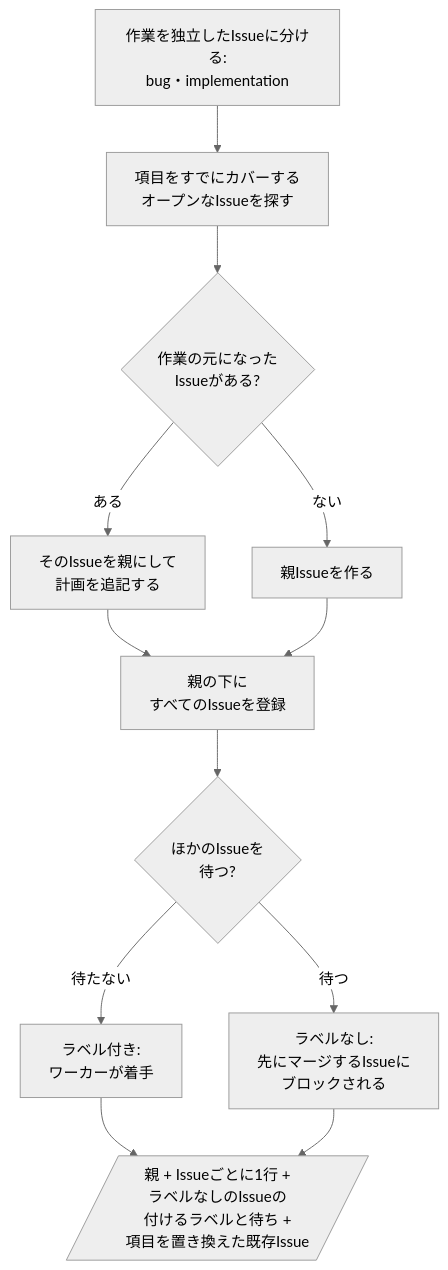
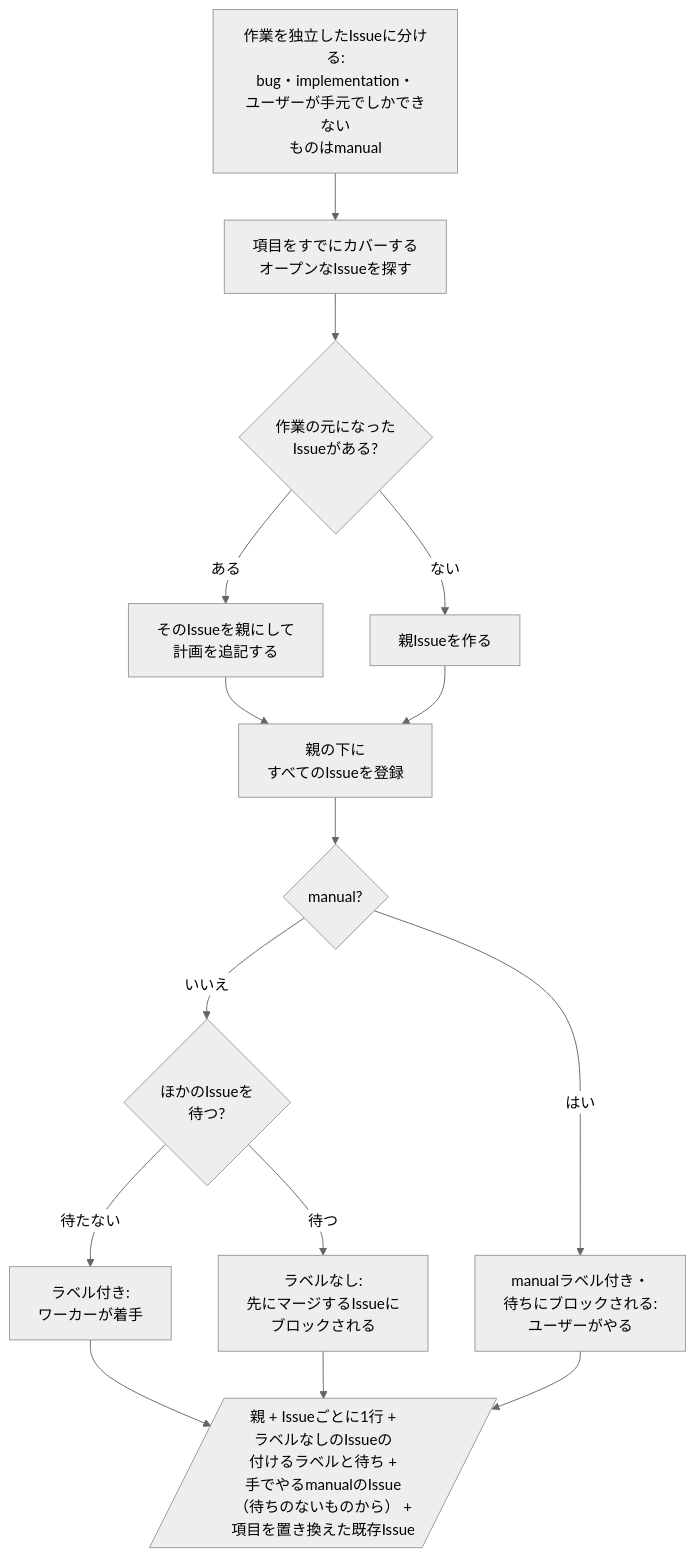
The diagram in shared/skills/delegate/README.ja.md (omni-stove/skill-kit), drawn with Mermaid (neutral theme) before and after one commit. The commit also changed 14 other files, not shown here.

````diff
--- a/shared/skills/delegate/README.ja.md
+++ b/shared/skills/delegate/README.ja.md
@@ -3,15 +3,18 @@
 ```mermaid
 flowchart TD
-  split["作業を独立したIssueに分ける:<br/>bug・implementation"]
+  split["作業を独立したIssueに分ける:<br/>bug・implementation・<br/>ユーザーが手元でしかできない<br/>ものはmanual"]
   split --> similar[項目をすでにカバーする<br/>オープンなIssueを探す]
   similar --> origin{作業の元になった<br/>Issueがある?}
   origin -- "ある" --> comment[そのIssueを親にして<br/>計画を追記する]
   origin -- "ない" --> parent[親Issueを作る]
   comment --> create[親の下に<br/>すべてのIssueを登録]
-  create --> wait{ほかのIssueを<br/>待つ?}
+  create --> kind{manual?}
+  kind -- "はい" --> manual[manualラベル付き・<br/>待ちにブロックされる:<br/>ユーザーがやる]
+  kind -- "いいえ" --> wait{ほかのIssueを<br/>待つ?}
   wait -- "待たない" --> now[ラベル付き:<br/>ワーカーが着手]
   wait -- "待つ" --> later[ラベルなし:<br/>先にマージするIssueに<br/>ブロックされる]
   parent --> create
-  now --> report[/"親 + Issueごとに1行 +<br/>ラベルなしのIssueの<br/>付けるラベルと待ち +<br/>項目を置き換えた既存Issue"/]
+  now --> report[/"親 + Issueごとに1行 +<br/>ラベルなしのIssueの<br/>付けるラベルと待ち +<br/>手でやるmanualのIssue<br/>（待ちのないものから） +<br/>項目を置き換えた既存Issue"/]
   later --> report
+  manual --> report
 ```
````
